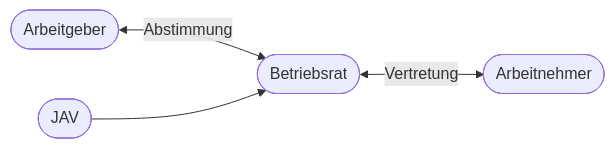
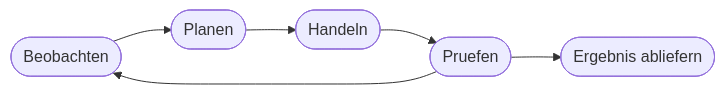
Before and after one commit to Qualidy/KI-Engineering-KI-Agenten-und-Workflow-Automatisierung: the second of 2 diagrams in docs/content/kapitel6.md, drawn with Mermaid. The commit also changed other lines of this file and 297 other files, not shown here.

````diff
--- a/docs/content/kapitel6.md
+++ b/docs/content/kapitel6.md
@@ -68,6 +112,8 @@
 ```mermaid
 flowchart LR
-    AG([Arbeitgeber]) <-->|Abstimmung| BR([Betriebsrat])
-    BR <-->|Vertretung| AN([Arbeitnehmer])
-    JAV([JAV]) --> BR
+    A([Beobachten]) --> B([Planen])
+    B --> C([Handeln])
+    C --> D([Pruefen])
+    D --> A
+    D --> E([Ergebnis abliefern])
 ```
````
